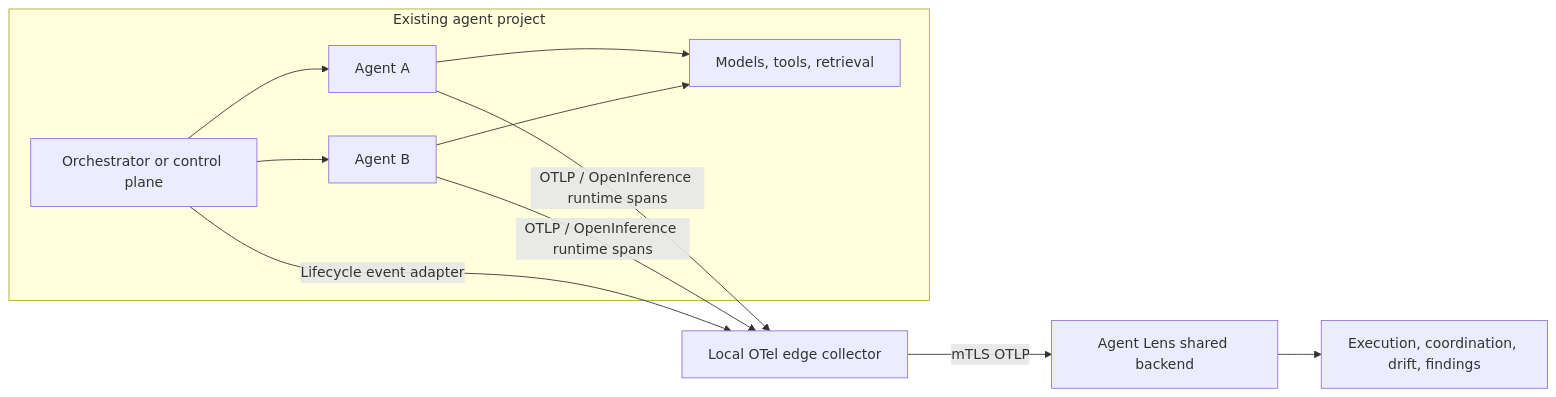
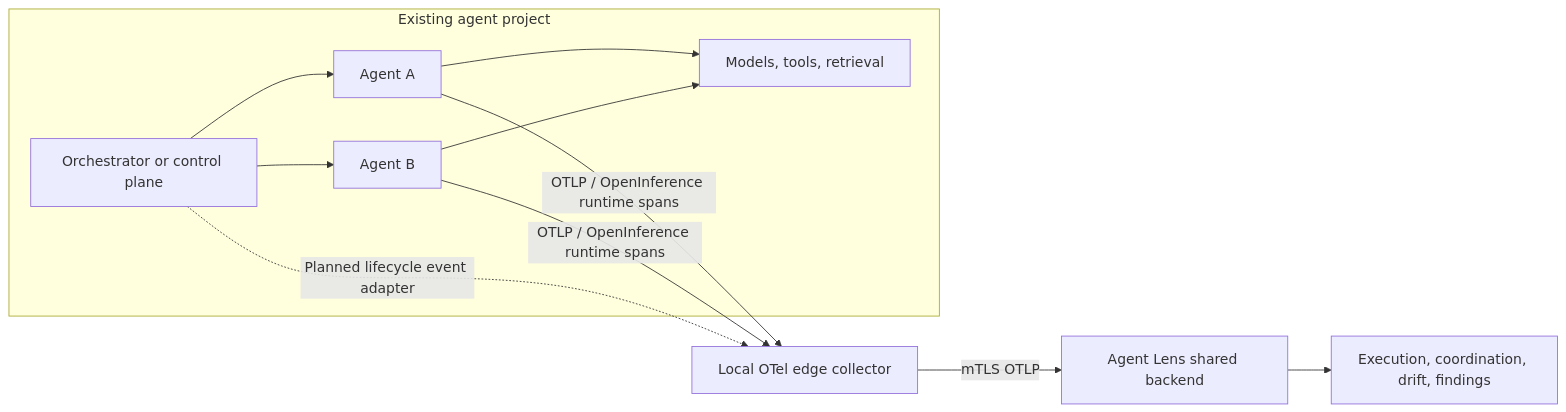
One commit to Senthilsivam41/agentlens changed the diagram in docs/product-positioning-and-ecosystem-integration.md. Above: the diagram before and after it, drawn with Mermaid. The commit also changed other lines of this file and 17 other files, not shown here.

Commit message:
Resolve Agent Lens architecture drift findings

````diff
--- a/docs/product-positioning-and-ecosystem-integration.md
+++ b/docs/product-positioning-and-ecosystem-integration.md
@@ -76,19 +92,19 @@
 ```mermaid
 flowchart LR
   subgraph Project["Existing agent project"]
     O["Orchestrator or control plane"]
     A1["Agent A"]
     A2["Agent B"]
     T["Models, tools, retrieval"]
     O --> A1
     O --> A2
     A1 --> T
     A2 --> T
   end
 
   A1 -->|"OTLP / OpenInference runtime spans"| E["Local OTel edge collector"]
   A2 -->|"OTLP / OpenInference runtime spans"| E
-  O -->|"Lifecycle event adapter"| E
+  O -.->|"Planned lifecycle event adapter"| E
   E -->|"mTLS OTLP"| L["Agent Lens shared backend"]
   L --> D["Execution, coordination, drift, findings"]
 ```
````
